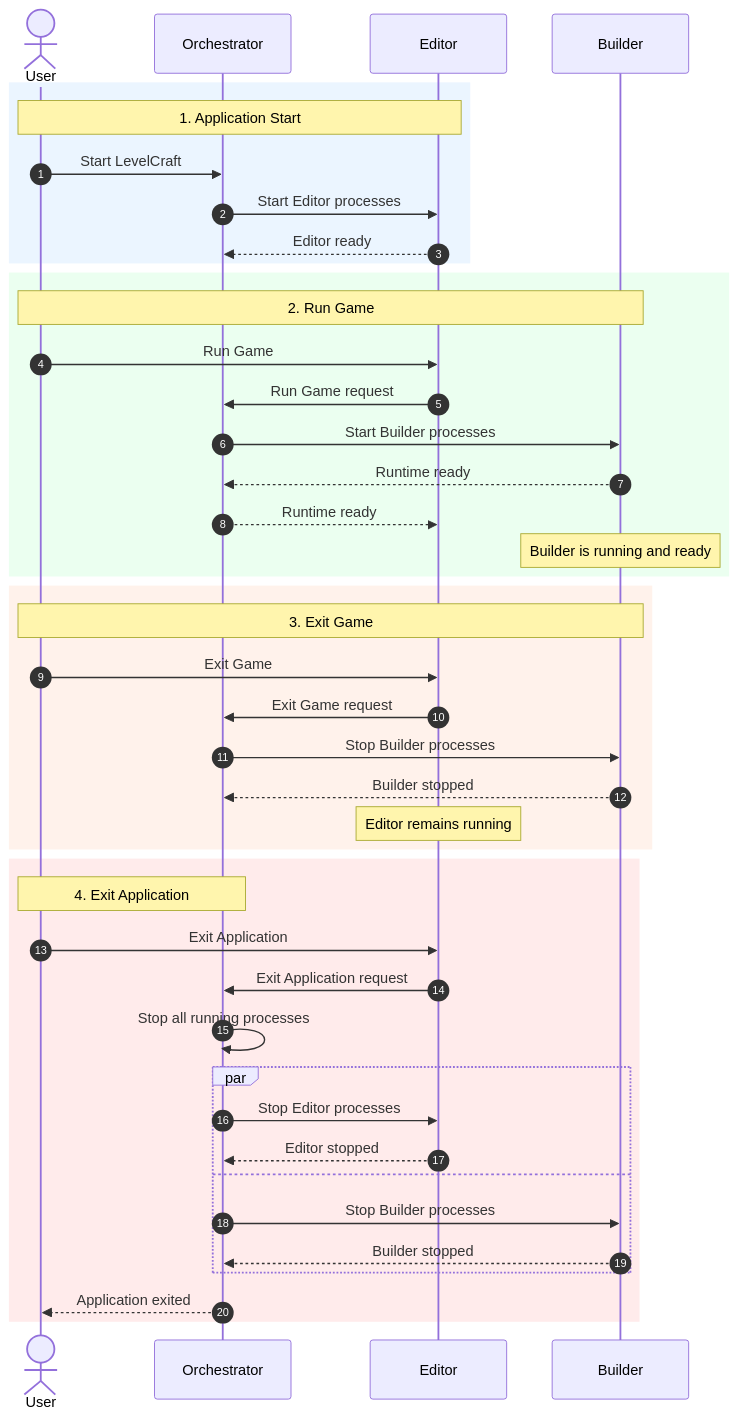
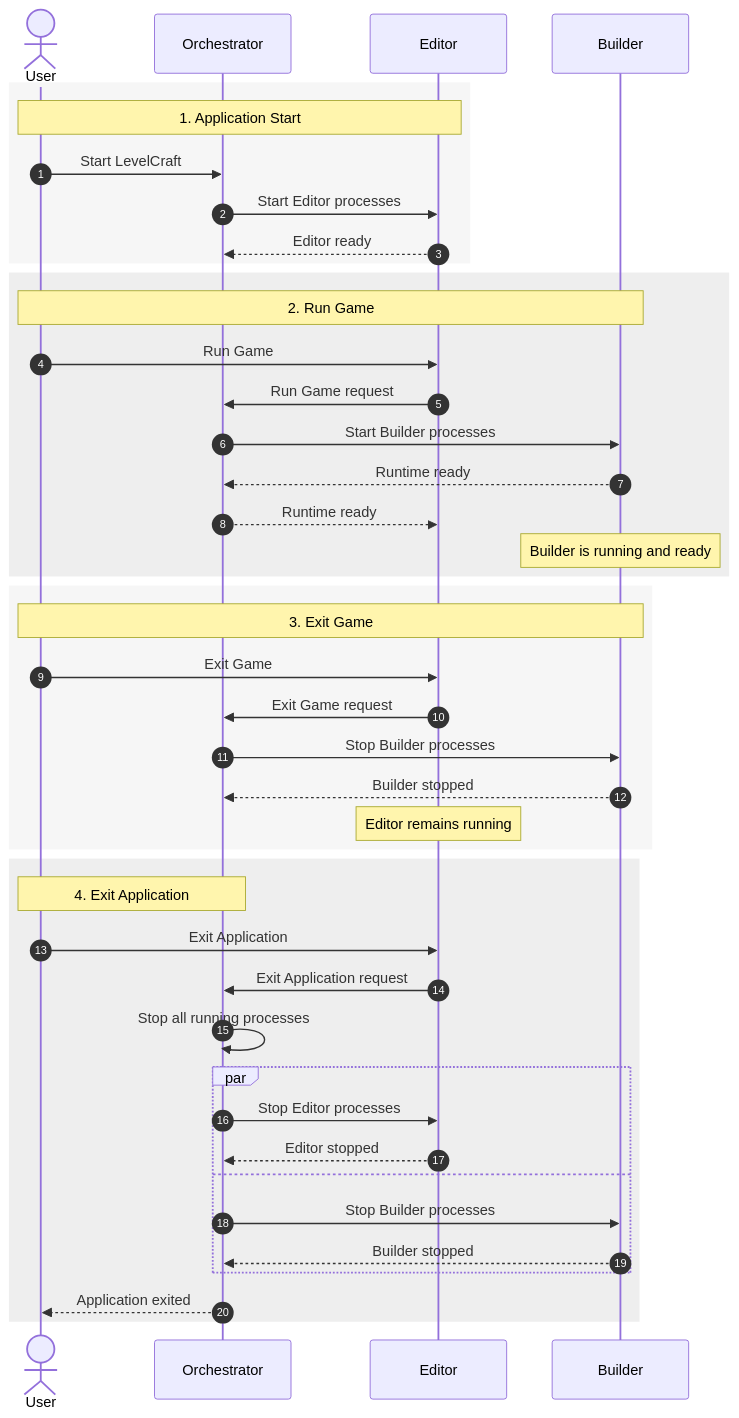
Before and after one commit to krishnaZawar/LevelCraft: the diagram in Readme.md, drawn with Mermaid. The commit also changed other lines of this file, not shown here.

````diff
--- a/Readme.md
+++ b/Readme.md
@@ -59,61 +163,61 @@
 ```mermaid
 sequenceDiagram
     autonumber
 
     actor User
     participant O as Orchestrator
     participant E as Editor
     participant B as Builder
 
-    rect rgb(235, 245, 255)
+    rect rgb(246, 246, 246)
         Note over User,E: 1. Application Start
 
         User->>O: Start LevelCraft
         O->>E: Start Editor processes
         E-->>O: Editor ready
     end
 
-    rect rgb(235, 255, 240)
+    rect rgb(238, 238, 238)
         Note over User,B: 2. Run Game
 
         User->>E: Run Game
         E->>O: Run Game request
 
         O->>B: Start Builder processes
         B-->>O: Runtime ready
         O-->>E: Runtime ready
 
         Note over B: Builder is running and ready
     end
 
-    rect rgb(255, 242, 235)
+    rect rgb(246, 246, 246)
         Note over User,B: 3. Exit Game
 
         User->>E: Exit Game
         E->>O: Exit Game request
 
         O->>B: Stop Builder processes
         B-->>O: Builder stopped
 
         Note over E: Editor remains running
     end
 
-    rect rgb(255, 235, 235)
+    rect rgb(238, 238, 238)
         Note over User,O: 4. Exit Application
 
         User->>E: Exit Application
         E->>O: Exit Application request
 
         O->>O: Stop all running processes
 
         par
             O->>E: Stop Editor processes
             E-->>O: Editor stopped
         and
             O->>B: Stop Builder processes
             B-->>O: Builder stopped
         end
 
         O-->>User: Application exited
     end
 ```
````
